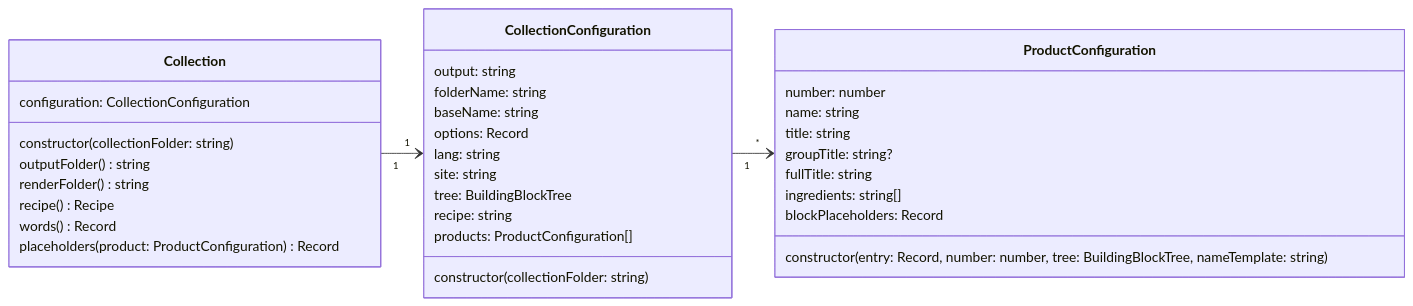
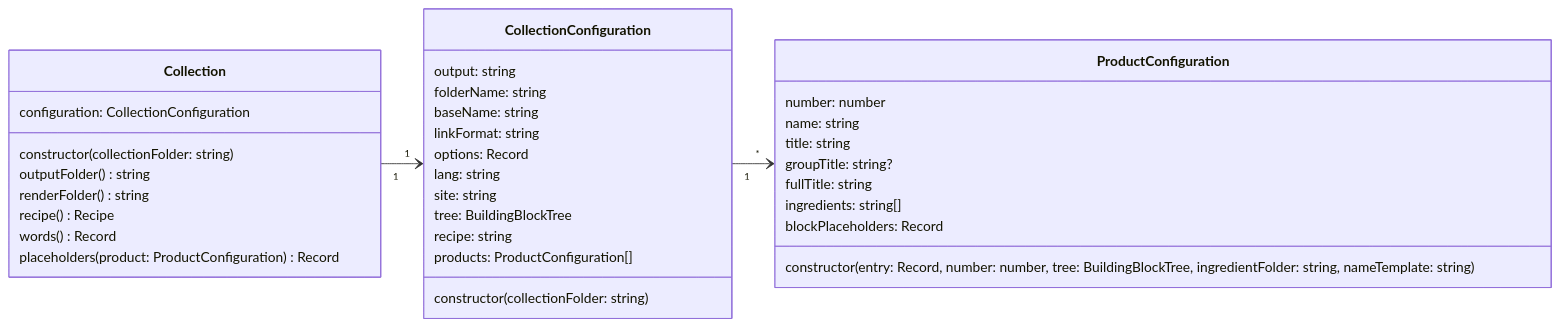
The fourth of 6 diagrams in DESIGN.md (matthiasbaitsch/quarto-loi-moi), drawn with Mermaid before and after one commit. The commit also changed other lines of this file and 10 other files, not shown here.

````diff
--- a/DESIGN.md
+++ b/DESIGN.md
@@ -200,37 +217,38 @@
 ```mermaid
 classDiagram
   direction LR
   Collection "1" --> "1" CollectionConfiguration
   CollectionConfiguration "1" --> "*" ProductConfiguration
   class Collection {
     configuration: CollectionConfiguration
     constructor(collectionFolder: string)
     outputFolder() string
     renderFolder() string
     recipe() Recipe
     words() Record
     placeholders(product: ProductConfiguration) Record
   }
   class CollectionConfiguration {
     output: string
     folderName: string
     baseName: string
+    linkFormat: string
     options: Record
     lang: string
     site: string
     tree: BuildingBlockTree
     recipe: string
     products: ProductConfiguration[]
     constructor(collectionFolder: string)
   }
   class ProductConfiguration {
     number: number
     name: string
     title: string
     groupTitle: string?
     fullTitle: string
     ingredients: string[]
     blockPlaceholders: Record
-    constructor(entry: Record, number: number, tree: BuildingBlockTree, nameTemplate: string)
+    constructor(entry: Record, number: number, tree: BuildingBlockTree, ingredientFolder: string, nameTemplate: string)
   }
 ```
````
